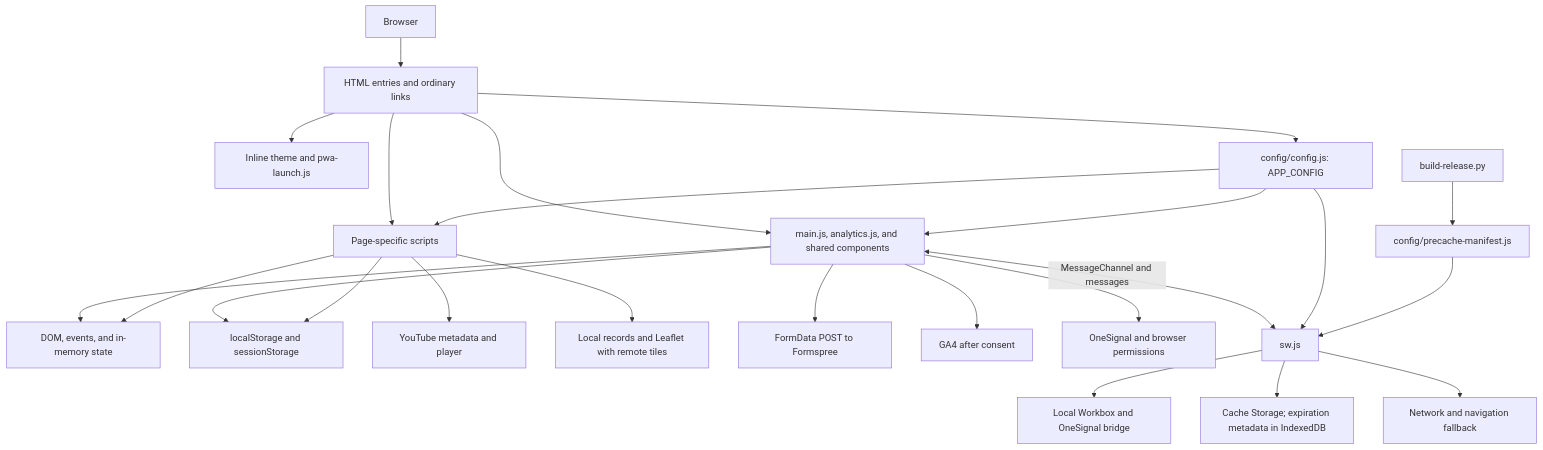
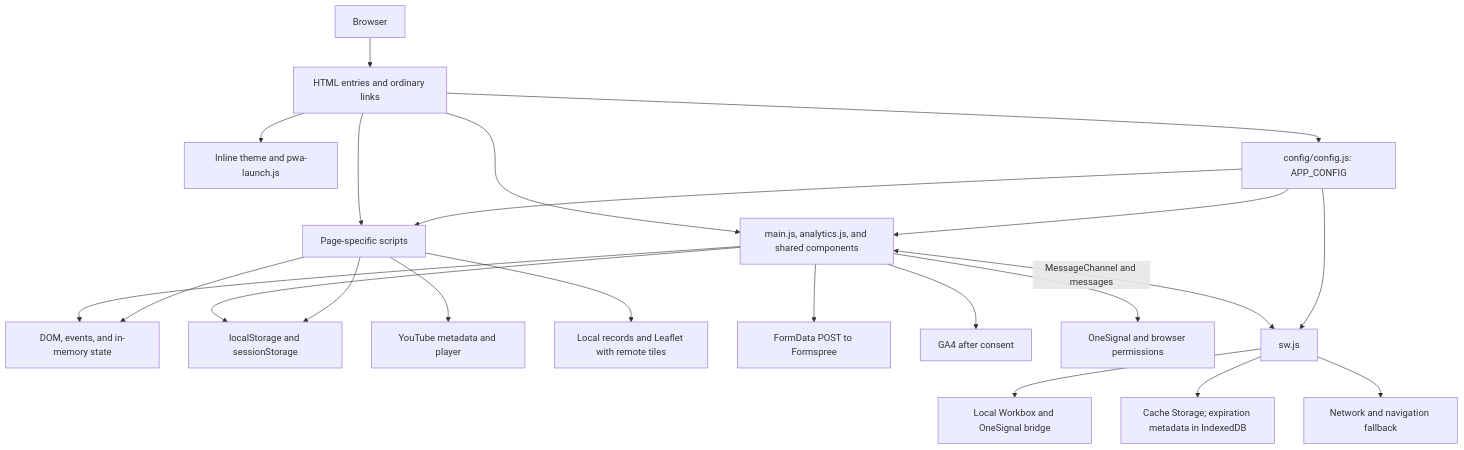
Before and after one commit to aza98/Web_IBMty: the diagram in CONTEXT.md, drawn with Mermaid. The commit also changed other lines of this file and 8 other files, not shown here.

````diff
--- a/CONTEXT.md
+++ b/CONTEXT.md
@@ -103,26 +101,24 @@
 ```mermaid
 flowchart TD
     Browser[Browser] --> HTML[HTML entries and ordinary links]
     HTML --> Early[Inline theme and pwa-launch.js]
     HTML --> Config[config/config.js: APP_CONFIG]
     HTML --> Common[main.js, analytics.js, and shared components]
     HTML --> Page[Page-specific scripts]
     Config --> Common
     Config --> Page
     Common --> DOM[DOM, events, and in-memory state]
     Page --> DOM
     Common --> Storage[localStorage and sessionStorage]
     Page --> Storage
     Page --> YouTube[YouTube metadata and player]
     Page --> Map[Local records and Leaflet with remote tiles]
     Common --> Forms[FormData POST to Formspree]
     Common --> Analytics[GA4 after consent]
     Common --> Push[OneSignal and browser permissions]
     Common <-->|MessageChannel and messages| SW[sw.js]
     Config --> SW
-    Build[build-release.py] --> Inventory[config/precache-manifest.js]
-    Inventory --> SW
     SW --> WB[Local Workbox and OneSignal bridge]
     SW --> Cache[Cache Storage; expiration metadata in IndexedDB]
     SW --> Network[Network and navigation fallback]
 ```
````
